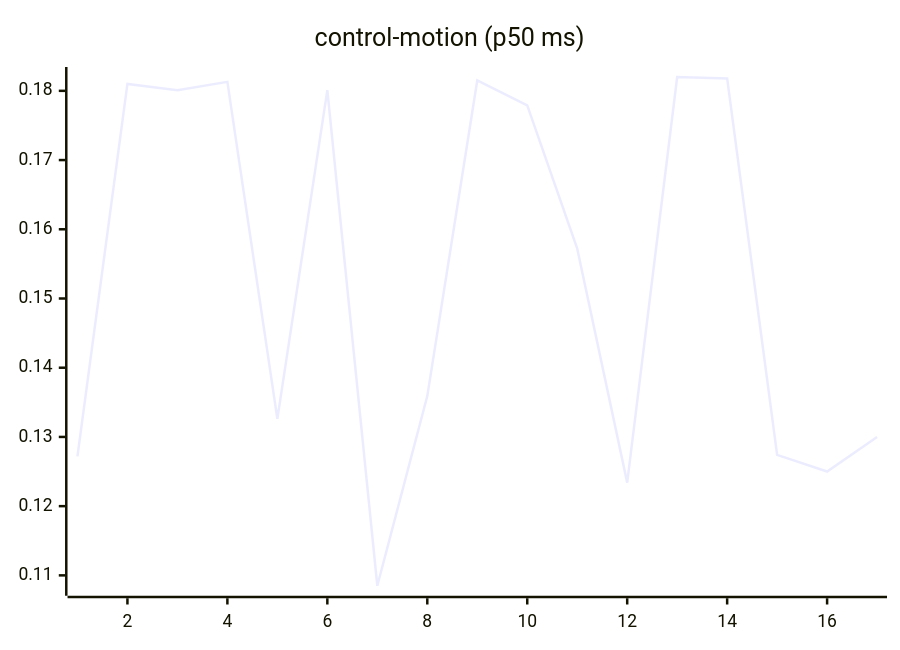
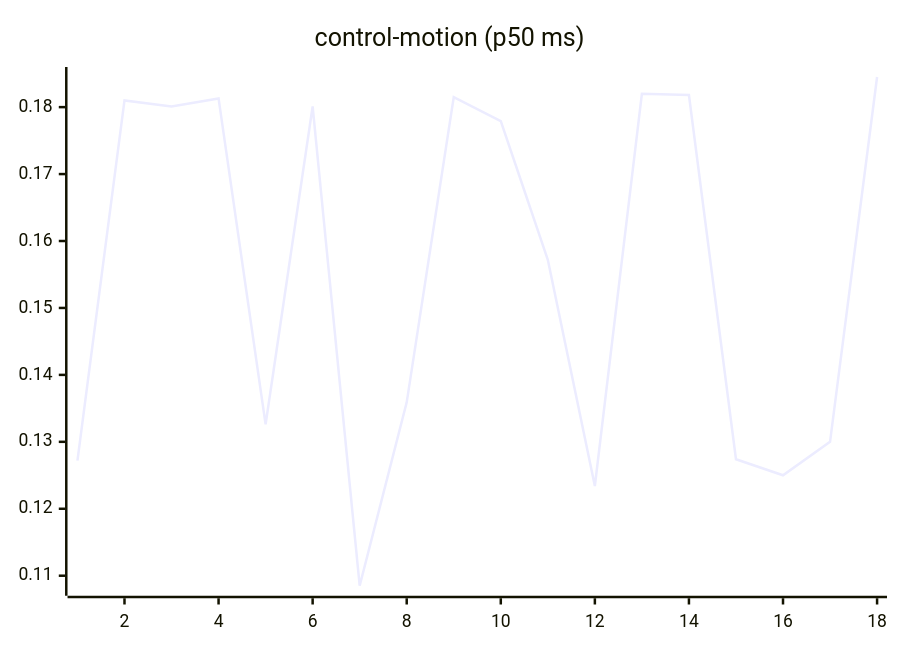
The seventh of 27 diagrams in README.md (josha/Facet), drawn with Mermaid before and after one commit. The commit also changed other lines of this file and 2 other files, not shown here.

````diff
--- a/README.md
+++ b/README.md
@@ -105,6 +105,6 @@
 ```mermaid
 xychart-beta
     title "control-motion (p50 ms)"
-    x-axis 1 --> 17
-    line [0.1272, 0.1810, 0.1801, 0.1813, 0.1326, 0.1801, 0.1085, 0.1359, 0.1815, 0.1779, 0.1572, 0.1234, 0.1820, 0.1818, 0.1274, 0.1250, 0.1300]
+    x-axis 1 --> 18
+    line [0.1272, 0.1810, 0.1801, 0.1813, 0.1326, 0.1801, 0.1085, 0.1359, 0.1815, 0.1779, 0.1572, 0.1234, 0.1820, 0.1818, 0.1274, 0.1250, 0.1300, 0.1845]
 ```
````
